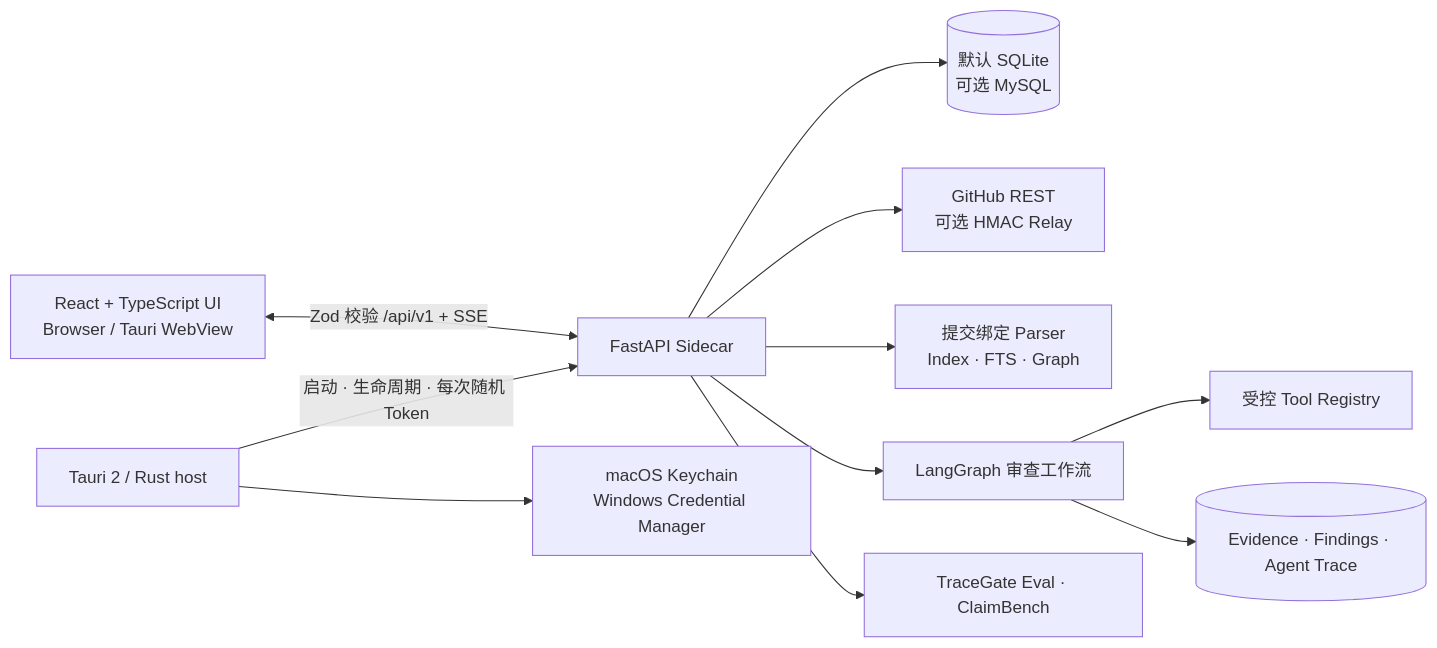
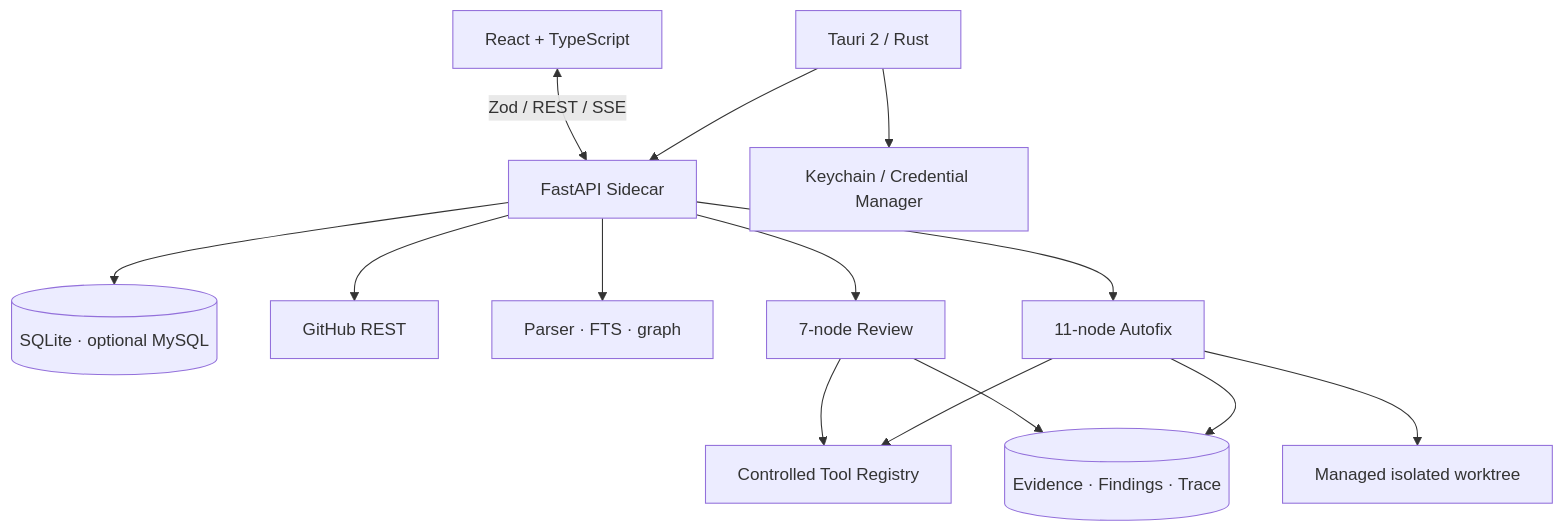
One commit to Chloiris/TraceGate-Eval changed the fourth of 4 diagrams in docs/README_CN.md. Above: the diagram before and after it, drawn with Mermaid. The commit also changed other lines of this file and 30 other files, not shown here.

Commit message:
docs: present verified Autofix architecture and evidence

````diff
--- a/docs/README_CN.md
+++ b/docs/README_CN.md
@@ -100,13 +191,16 @@
 ```mermaid
-flowchart LR
-  UI["React + TypeScript UI<br/>Browser / Tauri WebView"] <-->|"Zod 校验 /api/v1 + SSE"| API["FastAPI Sidecar"]
-  HOST["Tauri 2 / Rust host"] -->|"启动 · 生命周期 · 每次随机 Token"| API
-  HOST --> VAULT["macOS Keychain<br/>Windows Credential Manager"]
-  API --> DB[("默认 SQLite<br/>可选 MySQL")]
-  API --> GH["GitHub REST<br/>可选 HMAC Relay"]
-  API --> IDX["提交绑定 Parser<br/>Index · FTS · Graph"]
-  API --> WF["LangGraph 审查工作流"]
-  WF --> TOOLS["受控 Tool Registry"]
-  WF --> TRACE[("Evidence · Findings · Agent Trace")]
-  API --> EVAL["TraceGate Eval · ClaimBench"]
+flowchart TB
+  UI["React + TypeScript"] <-->|"Zod / REST / SSE"| API["FastAPI Sidecar"]
+  HOST["Tauri 2 / Rust"] --> API
+  HOST --> VAULT["Keychain / Credential Manager"]
+  API --> DB[("SQLite · optional MySQL")]
+  API --> GH["GitHub REST"]
+  API --> IDX["Parser · FTS · graph"]
+  API --> REVIEW["7-node Review"]
+  API --> FIX["11-node Autofix"]
+  REVIEW --> REG["Controlled Tool Registry"]
+  FIX --> REG
+  FIX --> WT["Managed isolated worktree"]
+  REVIEW --> TRACE[("Evidence · Findings · Trace")]
+  FIX --> TRACE
 ```
````
